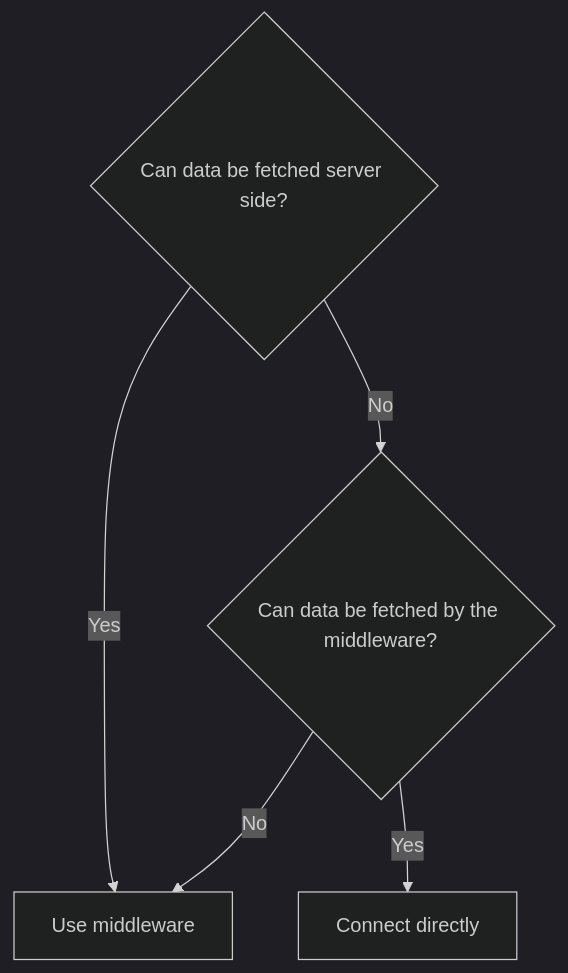
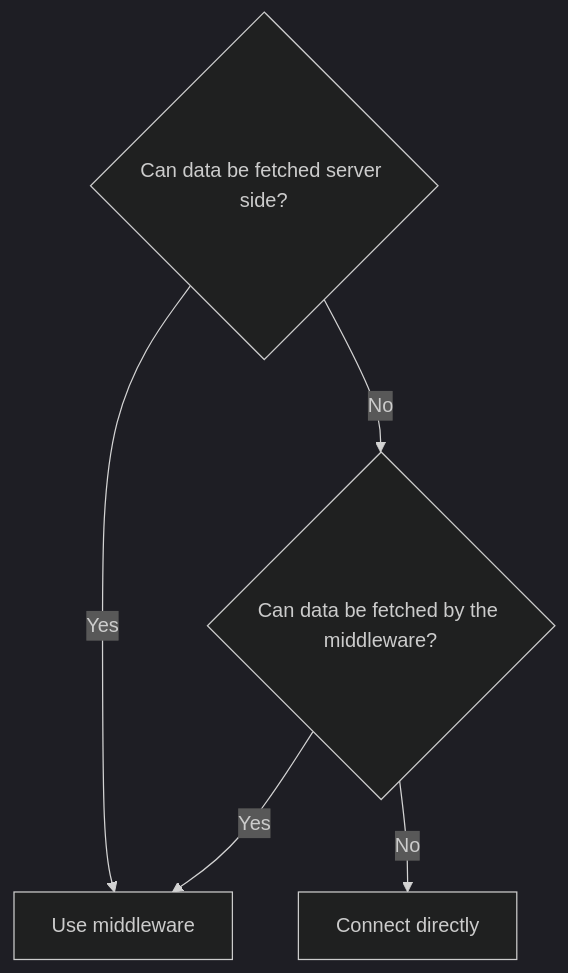
The diagram in charts/decision.mmd (mateuszo/mermaid-viewer), drawn with Mermaid (dark theme) before and after one commit. The commit also changed 2 other files, not shown here.

Commit message:
add more diagramms

```diff
--- a/charts/decision.mmd
+++ b/charts/decision.mmd
@@ -1,5 +1,5 @@
 graph TD
     A{Can data be fetched server side?} -->|Yes| B[Use middleware]
     A -->|No| C{Can data be fetched by the middleware?}
-    C -->|No| B
-    C -->|Yes| D[Connect directly]
+    C -->|Yes| B
+    C -->|No| D[Connect directly]
```
